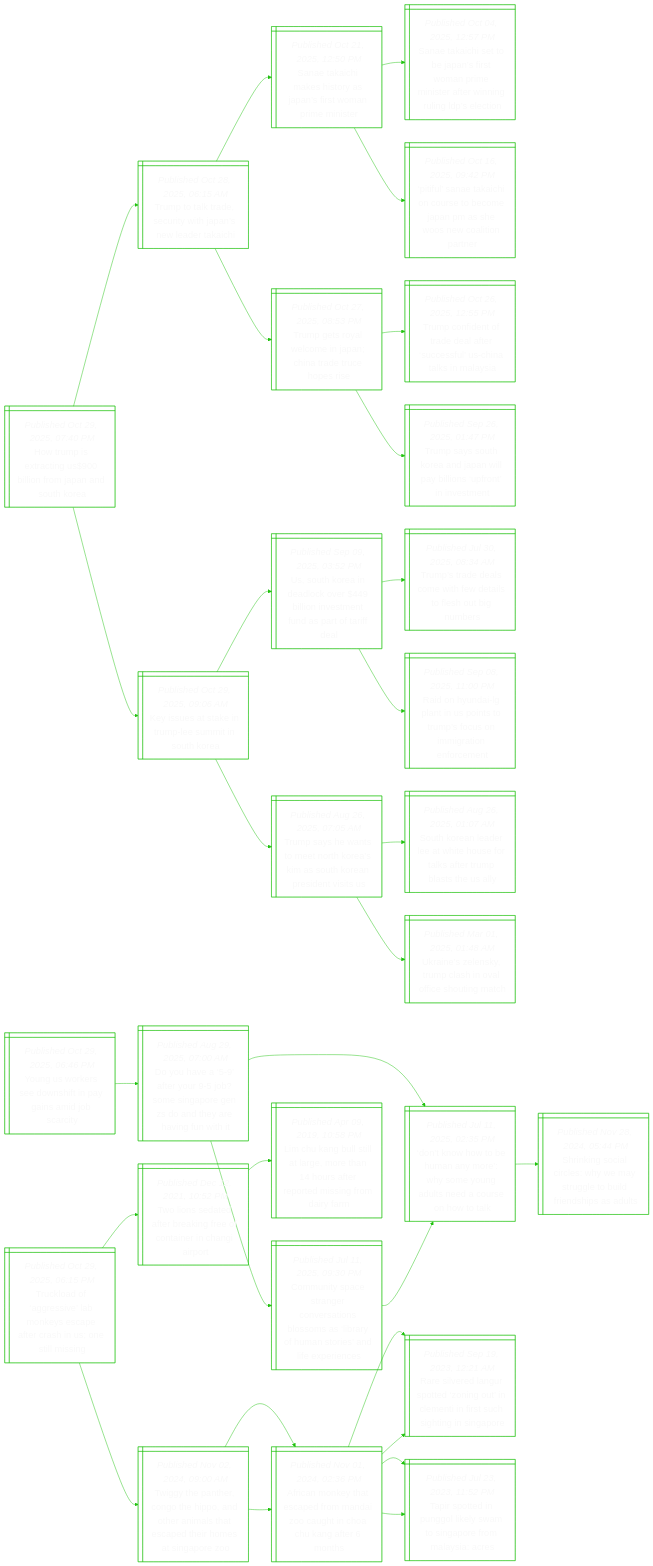
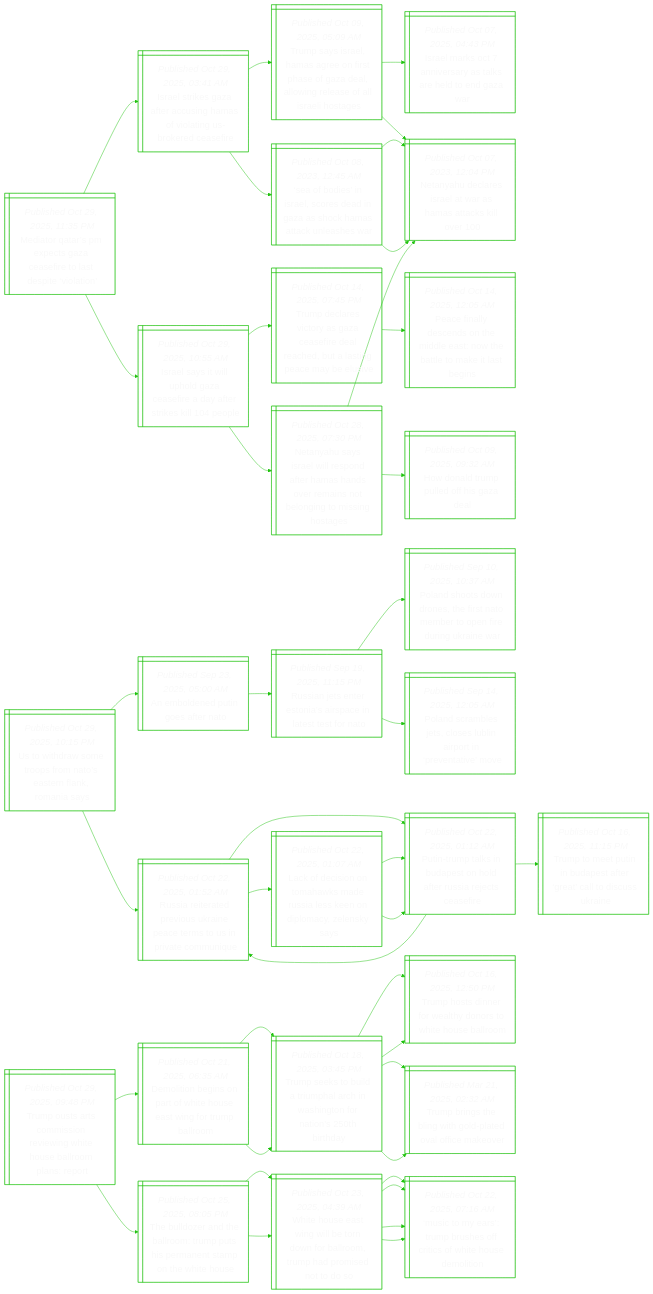
The diagram in README.md (notJmes/notJmes), drawn with Mermaid before and after one commit. The commit also changed other lines of this file, not shown here.

````diff
--- a/README.md
+++ b/README.md
@@ -16,100 +16,130 @@
 flowchart LR
 classDef txtsize font-size:20px;
 
-HuecUlrpdha@{ shape: win-pane, label: "_Published Oct 29, 2025, 07:40 PM_
-How trump is extracting us$900 billion from japan and south korea" }
-Ttkeripedki@{ shape: win-pane, label: "_Published Oct 28, 2025, 06:15 AM_
-Trump to talk trade, security with japan’s new leader takaichi" }
-STcksaarminr@{ shape: win-pane, label: "_Published Oct 21, 2025, 12:50 PM_
-Sanae takaichi makes history as japan’s first woman prime minister" }
-STctJstnesfignst@{ shape: win-pane, label: "_Published Oct 04, 2025, 12:57 PM_
-Sanae takaichi set to be japan’s first woman prime minister after winning ruling ldp’s election" }
-Puaaorbensoctar@{ shape: win-pane, label: "_Published Oct 16, 2025, 09:42 PM_
-‘pitiful’ sanae takaichi on course to become japan pm as she woos new coalition partner" }
-Tgoeepiaups@{ shape: win-pane, label: "_Published Oct 27, 2025, 08:53 PM_
-Trump gets royal welcome in japan; china trade truce hopes rise" }
-TcdfeassUnkai@{ shape: win-pane, label: "_Published Oct 26, 2025, 12:55 PM_
-Trump confident of trade deal after ‘successful’ us-china talks in malaysia" }
-Tsoonalinrnst@{ shape: win-pane, label: "_Published Sep 26, 2025, 01:47 PM_
-Trump says south korea and japan will pay billions ‘upfront’ in investment" }
-Ksteueioo@{ shape: win-pane, label: "_Published Oct 29, 2025, 09:06 AM_
-Key issues at stake in trump-lee summit in south korea" }
-Uteecrivenatf@{ shape: win-pane, label: "_Published Sep 09, 2025, 03:52 PM_
-Us, south korea in deadlock over $449 billion investment fund as part of tariff deal" }
-Tsesweaohib@{ shape: win-pane, label: "_Published Jul 30, 2025, 08:34 AM_
-Trump’s trade deals come with few details to flesh out big numbers" }
-Rndpiotmcirnrn@{ shape: win-pane, label: "_Published Sep 08, 2025, 11:00 PM_
-Raid on hyundai-lg plant in us points to trump’s focus on immigration enforcement" }
-TsesetemurresS@{ shape: win-pane, label: "_Published Aug 26, 2025, 07:05 AM_
-Trump says he wants to meet north korea’s kim as south korean president visits us" }
-SKneatstaTbsS@{ shape: win-pane, label: "_Published Aug 26, 2025, 01:07 AM_
-South korean leader lee at white house for talks after trump blasts the us ally" }
-Unlyphaiogh@{ shape: win-pane, label: "_Published Mar 01, 2025, 01:48 AM_
-Ukraine’s zelensky, trump clash in oval office shouting match" }
+MttMczsespii@{ shape: win-pane, label: "_Published Oct 29, 2025, 11:35 PM_
+Mediator qatar’s pm expects gaza ceasefire to last despite ‘violation’" }
+IlkzeuHolgode@{ shape: win-pane, label: "_Published Oct 29, 2025, 03:41 AM_
+Israel strikes gaza after accusing hamas of violating us-brokered ceasefire" }
+TssHaossaaorslaoe@{ shape: win-pane, label: "_Published Oct 09, 2025, 05:09 AM_
+Trump says israel, hamas agree on first phase of gaza deal, allowing release of all israeli hostages" }
+Ilsnrakhoar@{ shape: win-pane, label: "_Published Oct 07, 2025, 04:43 PM_
+Israel marks oct 7 anniversary as talks are held to end gaza war" }
+NyeeawHakl@{ shape: win-pane, label: "_Published Oct 07, 2023, 12:04 PM_
+Netanyahu declares israel at war as hamas attacks kill over 100" }
+Sbsrcdnacaale@{ shape: win-pane, label: "_Published Oct 08, 2023, 12:45 AM_
+‘sea of bodies’ in israel, scores dead in gaza as shock hamas attack unleashes war" }
+NyeeawHakl@{ shape: win-pane, label: "_Published Oct 07, 2023, 12:04 PM_
+Netanyahu declares israel at war as hamas attacks kill over 100" }
+NyeeawHakl@{ shape: win-pane, label: "_Published Oct 07, 2023, 12:04 PM_
+Netanyahu declares israel at war as hamas attacks kill over 100" }
+Ilillaeaftspe@{ shape: win-pane, label: "_Published Oct 29, 2025, 10:55 AM_
+Israel says it will uphold gaza ceasefire a day after strikes kill 104 people" }
+Tdrcaaededlncbs@{ shape: win-pane, label: "_Published Oct 14, 2025, 07:45 PM_
+Trump declares victory as gaza ceasefire deal reached, but a lasting peace may be elusive" }
+PflcoMeNelale@{ shape: win-pane, label: "_Published Oct 14, 2025, 12:05 AM_
+Peace finally descends on the middle east: now the battle to make it last begins" }
+NyarisaHhoeseimnt@{ shape: win-pane, label: "_Published Oct 28, 2025, 07:30 PM_
+Netanyahu says israel will respond after hamas hands over remains not belonging to missing hostages" }
+NyeeawHakl@{ shape: win-pane, label: "_Published Oct 07, 2023, 12:04 PM_
+Netanyahu declares israel at war as hamas attacks kill over 100" }
+Hnruosd@{ shape: win-pane, label: "_Published Oct 09, 2025, 09:32 AM_
+How donald trump pulled off his gaza deal" }
 
-HuecUlrpdha:::txtsize --> Ttkeripedki:::txtsize
-Ttkeripedki:::txtsize --> STcksaarminr:::txtsize
-STcksaarminr:::txtsize --> STctJstnesfignst:::txtsize
-STcksaarminr:::txtsize --> Puaaorbensoctar:::txtsize
-Ttkeripedki:::txtsize --> Tgoeepiaups:::txtsize
-Tgoeepiaups:::txtsize --> TcdfeassUnkai:::txtsize
-Tgoeepiaups:::txtsize --> Tsoonalinrnst:::txtsize
-HuecUlrpdha:::txtsize --> Ksteueioo:::txtsize
-Ksteueioo:::txtsize --> Uteecrivenatf:::txtsize
-Uteecrivenatf:::txtsize --> Tsesweaohib:::txtsize
-Uteecrivenatf:::txtsize --> Rndpiotmcirnrn:::txtsize
-Ksteueioo:::txtsize --> TsesetemurresS:::txtsize
-TsesetemurresS:::txtsize --> SKneatstaTbsS:::txtsize
-TsesetemurresS:::txtsize --> Unlyphaiogh:::txtsize
+MttMczsespii:::txtsize --> IlkzeuHolgode:::txtsize
+IlkzeuHolgode:::txtsize --> TssHaossaaorslaoe:::txtsize
+TssHaossaaorslaoe:::txtsize --> Ilsnrakhoar:::txtsize
+TssHaossaaorslaoe:::txtsize --> NyeeawHakl:::txtsize
+IlkzeuHolgode:::txtsize --> Sbsrcdnacaale:::txtsize
+Sbsrcdnacaale:::txtsize --> NyeeawHakl:::txtsize
+Sbsrcdnacaale:::txtsize --> NyeeawHakl:::txtsize
+MttMczsespii:::txtsize --> Ilillaeaftspe:::txtsize
+Ilillaeaftspe:::txtsize --> Tdrcaaededlncbs:::txtsize
+Tdrcaaededlncbs:::txtsize --> PflcoMeNelale:::txtsize
+Ilillaeaftspe:::txtsize --> NyarisaHhoeseimnt:::txtsize
+NyarisaHhoeseimnt:::txtsize --> NyeeawHakl:::txtsize
+NyarisaHhoeseimnt:::txtsize --> Hnruosd:::txtsize
 
-YUkentysjay@{ shape: win-pane, label: "_Published Oct 29, 2025, 06:46 PM_
-Young us workers see downshift in pay gains amid job scarcity" }
-DhayoeaGdtrini@{ shape: win-pane, label: "_Published Aug 29, 2025, 07:00 AM_
-Do you have a ‘5-9’ after your 9-5 job? some singapore gen zs do and they are having fun with it" }
-Dnwharsodncewl@{ shape: win-pane, label: "_Published Jul 11, 2025, 02:35 PM_
-‘don’t know how to be human any more’: why some young adults need a course on how to talk" }
-Skocewsgbfdsu@{ shape: win-pane, label: "_Published Nov 28, 2024, 05:44 PM_
-Shrinking social circles: why we may struggle to build friendships as adults" }
-Cnptevtbolrutsipn@{ shape: win-pane, label: "_Published Jul 11, 2025, 09:30 PM_
-Community space stranger conversations blossoms as ‘library of human stories’ and life experiences" }
-Dnwharsodncewl@{ shape: win-pane, label: "_Published Jul 11, 2025, 02:35 PM_
-‘don’t know how to be human any more’: why some young adults need a course on how to talk" }
+Uiaepmseams@{ shape: win-pane, label: "_Published Oct 29, 2025, 10:15 PM_
+Us to withdraw some troops from nato’s eastern flank, romania says" }
+Aoeisr@{ shape: win-pane, label: "_Published Sep 23, 2025, 05:00 AM_
+An emboldened putin goes after nato" }
+Rasrnicatoo@{ shape: win-pane, label: "_Published Sep 19, 2025, 11:15 PM_
+Russian jets enter estonia’s airspace in latest test for nato" }
+PdtnefNetndgir@{ shape: win-pane, label: "_Published Sep 10, 2025, 10:37 AM_
+Poland shoots down drones, the first nato member to open fire during ukraine war" }
+PdmjlLnopnve@{ shape: win-pane, label: "_Published Sep 14, 2025, 12:05 AM_
+Poland scrambles jets, closes lublin airport in ‘preventative’ move" }
+Raedikeesivoi@{ shape: win-pane, label: "_Published Oct 22, 2025, 01:52 AM_
+Russia reiterated previous ukraine peace terms to us in private communique" }
+PTtiaodrieei@{ shape: win-pane, label: "_Published Oct 22, 2025, 01:12 AM_
+Putin-trump talks in budapest on hold after russia rejects ceasefire" }
+Tttndtrttcke@{ shape: win-pane, label: "_Published Oct 16, 2025, 11:15 PM_
+Trump to meet putin in budapest after ‘great’ call to discuss ukraine" }
+Raedikeesivoi@{ shape: win-pane, label: "_Published Oct 22, 2025, 01:52 AM_
+Russia reiterated previous ukraine peace terms to us in private communique" }
+Lfsnhmuledmeks@{ shape: win-pane, label: "_Published Oct 22, 2025, 01:07 AM_
+Lack of decision on tomahawks made russia less keen on diplomacy, zelensky says" }
+PTtiaodrieei@{ shape: win-pane, label: "_Published Oct 22, 2025, 01:12 AM_
+Putin-trump talks in budapest on hold after russia rejects ceasefire" }
+PTtiaodrieei@{ shape: win-pane, label: "_Published Oct 22, 2025, 01:12 AM_
+Putin-trump talks in budapest on hold after russia rejects ceasefire" }
 
-YUkentysjay:::txtsize --> DhayoeaGdtrini:::txtsize
-DhayoeaGdtrini:::txtsize --> Dnwharsodncewl:::txtsize
-Dnwharsodncewl:::txtsize --> Skocewsgbfdsu:::txtsize
-DhayoeaGdtrini:::txtsize --> Cnptevtbolrutsipn:::txtsize
-Cnptevtbolrutsipn:::txtsize --> Dnwharsodncewl:::txtsize
+Uiaepmseams:::txtsize --> Aoeisr:::txtsize
+Aoeisr:::txtsize --> Rasrnicatoo:::txtsize
+Rasrnicatoo:::txtsize --> PdtnefNetndgir:::txtsize
+Rasrnicatoo:::txtsize --> PdmjlLnopnve:::txtsize
+Uiaepmseams:::txtsize --> Raedikeesivoi:::txtsize
+Raedikeesivoi:::txtsize --> PTtiaodrieei:::txtsize
+PTtiaodrieei:::txtsize --> Tttndtrttcke:::txtsize
+PTtiaodrieei:::txtsize --> Raedikeesivoi:::txtsize
+Raedikeesivoi:::txtsize --> Lfsnhmuledmeks:::txtsize
+Lfsnhmuledmeks:::txtsize --> PTtiaodrieei:::txtsize
+Lfsnhmuledmeks:::txtsize --> PTtiaodrieei:::txtsize
 
-TlfeeospesStig@{ shape: win-pane, label: "_Published Oct 29, 2025, 06:15 PM_
-Truckload of ‘aggressive’ lab monkeys escape after crash in us; one still missing" }
-TodabieonCio@{ shape: win-pane, label: "_Published Dec 12, 2021, 10:52 PM_
-Two lions sedated after breaking free of container in changi airport" }
-Lubttetofeesrir@{ shape: win-pane, label: "_Published Apr 09, 2019, 10:58 PM_
-Lim chu kang bull still at large, more than 14 hours after reported missing from dairy farm" }
-Tyaroinemhcthage@{ shape: win-pane, label: "_Published Nov 02, 2024, 09:00 AM_
-Twiggy the panther, congo the hippo, and other animals that escaped their homes at singapore zoo" }
-AakaarnogChgrh@{ shape: win-pane, label: "_Published Nov 01, 2024, 02:36 PM_
-African monkey that escaped from mandai zoo caught in choa chu kang after 6 months" }
-RiegozgnentsiSp@{ shape: win-pane, label: "_Published Sep 19, 2023, 12:21 AM_
-Rare silvered langur spotted ‘zoning out’ in clementi in first such sighting in singapore" }
-Tseullmnrmyc@{ shape: win-pane, label: "_Published Jul 23, 2023, 11:52 PM_
-Tapir spotted in punggol likely swam to singapore from malaysia: acres" }
-AakaarnogChgrh@{ shape: win-pane, label: "_Published Nov 01, 2024, 02:36 PM_
-African monkey that escaped from mandai zoo caught in choa chu kang after 6 months" }
-RiegozgnentsiSp@{ shape: win-pane, label: "_Published Sep 19, 2023, 12:21 AM_
-Rare silvered langur spotted ‘zoning out’ in clementi in first such sighting in singapore" }
-Tseullmnrmyc@{ shape: win-pane, label: "_Published Jul 23, 2023, 11:52 PM_
-Tapir spotted in punggol likely swam to singapore from malaysia: acres" }
+Toaoseiiulmsr@{ shape: win-pane, label: "_Published Oct 29, 2025, 09:48 PM_
+Trump ousts arts commission reviewing white house ballroom plans: report" }
+DibsrhoanTbo@{ shape: win-pane, label: "_Published Oct 21, 2025, 06:35 AM_
+Demolition begins on part of white house east wing for trump ballroom" }
+Tstliahstrobd@{ shape: win-pane, label: "_Published Oct 18, 2025, 03:45 PM_
+Trump seeks to build a triumphal arch in washington for nation’s 250th birthday" }
+Thdreyrhoao@{ shape: win-pane, label: "_Published Oct 16, 2025, 12:50 PM_
+Trump hosts dinner for wealthy donors to white house ballroom" }
+Tbsliltaikr@{ shape: win-pane, label: "_Published Mar 21, 2025, 02:32 AM_
+Trump brings the bling with gold-plated oval office makeover" }
+Tstliahstrobd@{ shape: win-pane, label: "_Published Oct 18, 2025, 03:45 PM_
+Trump seeks to build a triumphal arch in washington for nation’s 250th birthday" }
+Thdreyrhoao@{ shape: win-pane, label: "_Published Oct 16, 2025, 12:50 PM_
+Trump hosts dinner for wealthy donors to white house ballroom" }
+Tbsliltaikr@{ shape: win-pane, label: "_Published Mar 21, 2025, 02:32 AM_
+Trump brings the bling with gold-plated oval office makeover" }
+Tletlmphrnmhts@{ shape: win-pane, label: "_Published Oct 25, 2025, 08:05 PM_
+The bulldozer and the ballroom: trump puts his permanent stamp on the white house" }
+WHEilowboudioo@{ shape: win-pane, label: "_Published Oct 23, 2025, 04:39 AM_
+White house east wing will be torn down for ballroom, trump had promised not to do so" }
+Mtauuoiotsoo@{ shape: win-pane, label: "_Published Oct 22, 2025, 07:16 AM_
+‘music to my ears’: trump brushes off critics of white house demolition" }
+Mtauuoiotsoo@{ shape: win-pane, label: "_Published Oct 22, 2025, 07:16 AM_
+‘music to my ears’: trump brushes off critics of white house demolition" }
+WHEilowboudioo@{ shape: win-pane, label: "_Published Oct 23, 2025, 04:39 AM_
+White house east wing will be torn down for ballroom, trump had promised not to do so" }
+Mtauuoiotsoo@{ shape: win-pane, label: "_Published Oct 22, 2025, 07:16 AM_
+‘music to my ears’: trump brushes off critics of white house demolition" }
+Mtauuoiotsoo@{ shape: win-pane, label: "_Published Oct 22, 2025, 07:16 AM_
+‘music to my ears’: trump brushes off critics of white house demolition" }
 
-TlfeeospesStig:::txtsize --> TodabieonCio:::txtsize
-TodabieonCio:::txtsize --> Lubttetofeesrir:::txtsize
-TlfeeospesStig:::txtsize --> Tyaroinemhcthage:::txtsize
-Tyaroinemhcthage:::txtsize --> AakaarnogChgrh:::txtsize
-AakaarnogChgrh:::txtsize --> RiegozgnentsiSp:::txtsize
-AakaarnogChgrh:::txtsize --> Tseullmnrmyc:::txtsize
-Tyaroinemhcthage:::txtsize --> AakaarnogChgrh:::txtsize
-AakaarnogChgrh:::txtsize --> RiegozgnentsiSp:::txtsize
-AakaarnogChgrh:::txtsize --> Tseullmnrmyc:::txtsize
+Toaoseiiulmsr:::txtsize --> DibsrhoanTbo:::txtsize
+DibsrhoanTbo:::txtsize --> Tstliahstrobd:::txtsize
+Tstliahstrobd:::txtsize --> Thdreyrhoao:::txtsize
+Tstliahstrobd:::txtsize --> Tbsliltaikr:::txtsize
+DibsrhoanTbo:::txtsize --> Tstliahstrobd:::txtsize
+Tstliahstrobd:::txtsize --> Thdreyrhoao:::txtsize
+Tstliahstrobd:::txtsize --> Tbsliltaikr:::txtsize
+Toaoseiiulmsr:::txtsize --> Tletlmphrnmhts:::txtsize
+Tletlmphrnmhts:::txtsize --> WHEilowboudioo:::txtsize
+WHEilowboudioo:::txtsize --> Mtauuoiotsoo:::txtsize
+WHEilowboudioo:::txtsize --> Mtauuoiotsoo:::txtsize
+Tletlmphrnmhts:::txtsize --> WHEilowboudioo:::txtsize
+WHEilowboudioo:::txtsize --> Mtauuoiotsoo:::txtsize
+WHEilowboudioo:::txtsize --> Mtauuoiotsoo:::txtsize
 
 ```
````
